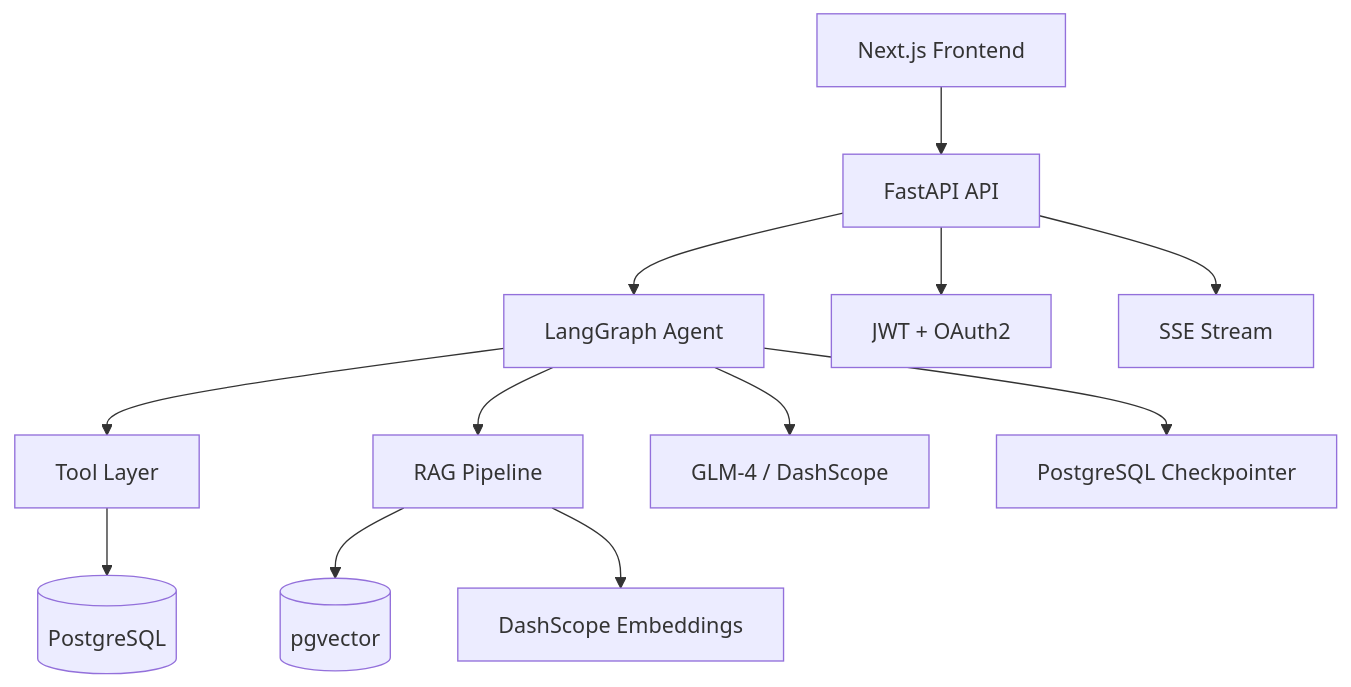
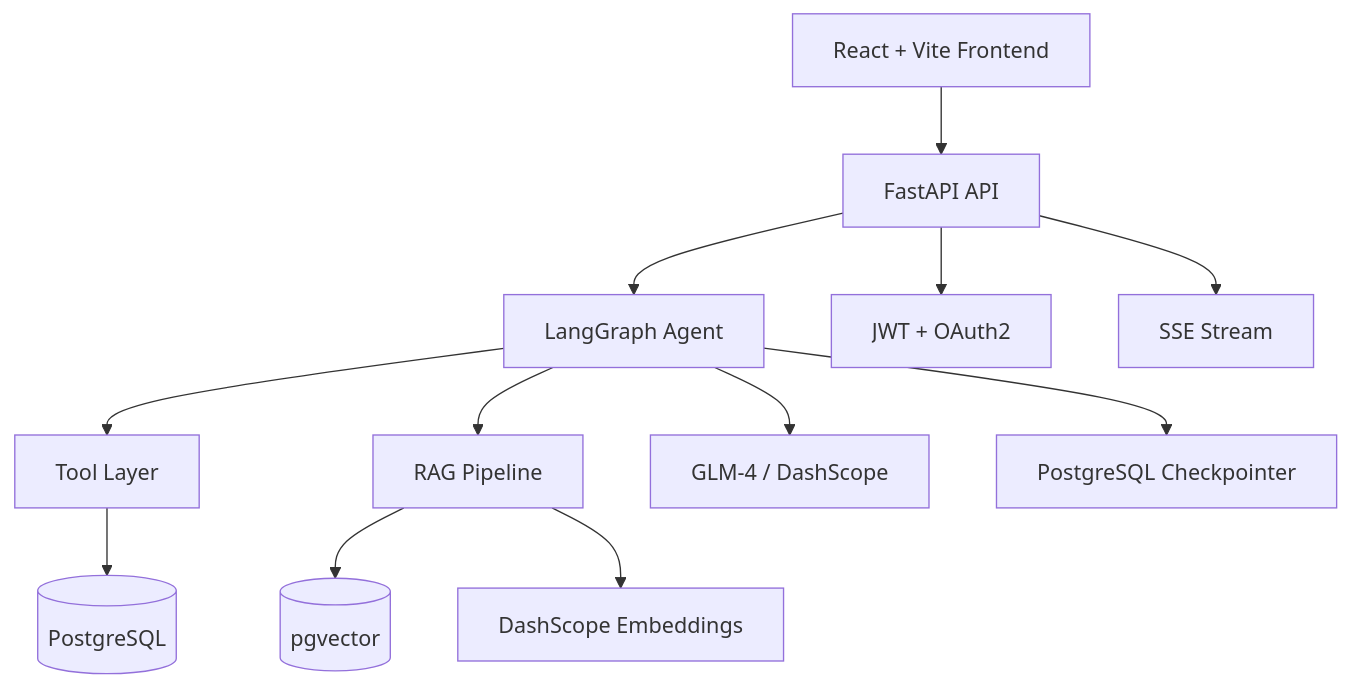
Before and after one commit to weijie567/MOCA: the first of 2 diagrams in .planning/phases/06-evaluation-polish/06-03-PLAN.md, drawn with Mermaid. The commit also changed other lines of this file and 7 other files, not shown here.

````diff
--- a/.planning/phases/06-evaluation-polish/06-03-PLAN.md
+++ b/.planning/phases/06-evaluation-polish/06-03-PLAN.md
@@ -285,14 +371,14 @@
 ```mermaid
 graph TB
-    Client[Next.js Frontend] --> API[FastAPI API]
+    Client[React + Vite Frontend] --> API[FastAPI API]
     API --> Agent[LangGraph Agent]
     Agent --> Tools[Tool Layer]
     Agent --> RAG[RAG Pipeline]
     Tools --> DB[(PostgreSQL)]
     RAG --> pgvector[(pgvector)]
     RAG --> Embedder[DashScope Embeddings]
     Agent --> LLM[GLM-4 / DashScope]
     Agent --> Checkpointer[PostgreSQL Checkpointer]
     API --> Auth[JWT + OAuth2]
     API --> SSE[SSE Stream]
 ```
````
